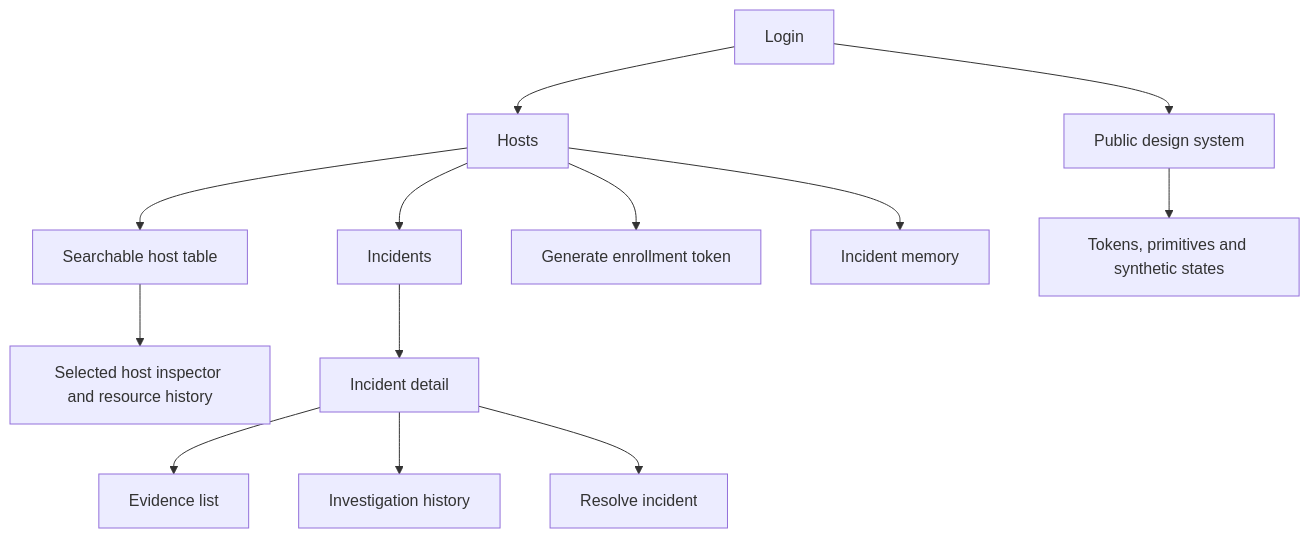
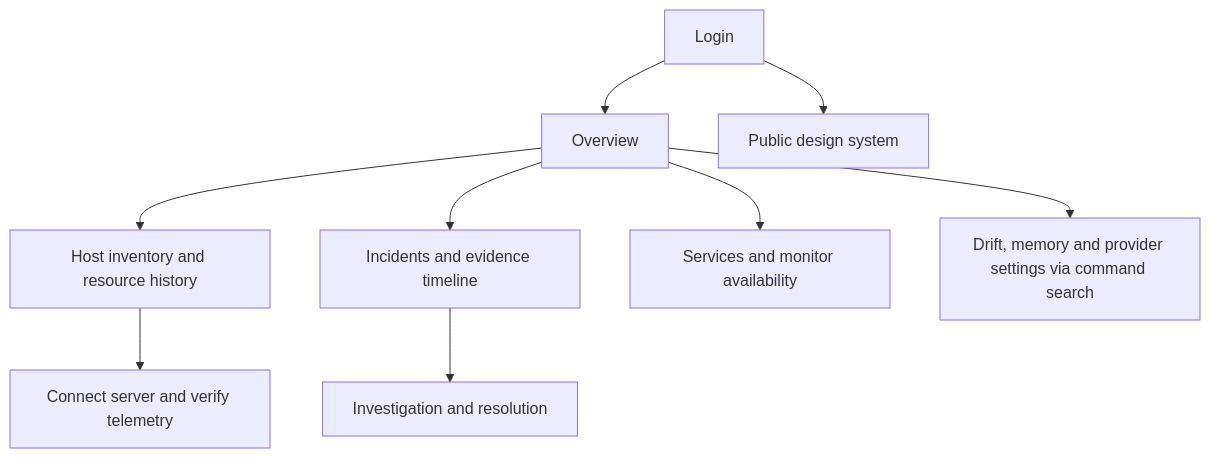
Before and after one commit to kuenobaikbanget/opspilot: the diagram in docs/UI-UX.md, drawn with Mermaid. The commit also changed other lines of this file and 32 other files, not shown here.

````diff
--- a/docs/UI-UX.md
+++ b/docs/UI-UX.md
@@ -84,15 +74,11 @@
 ```mermaid
 flowchart TD
-  A[Login] --> B[Hosts]
-  B --> H[Searchable host table]
-  H --> S[Selected host inspector and resource history]
-  B --> I[Incidents]
-  I --> D[Incident detail]
-  D --> E[Evidence list]
-  D --> F[Investigation history]
-  D --> G[Resolve incident]
-  B --> T[Generate enrollment token]
-  B --> M[Incident memory]
+  A[Login] --> O[Overview]
+  O --> H[Host inventory and resource history]
+  O --> I[Incidents and evidence timeline]
+  O --> S[Services and monitor availability]
+  H --> T[Connect server and verify telemetry]
+  I --> R[Investigation and resolution]
+  O --> M[Drift, memory and provider settings via command search]
   A --> C[Public design system]
-  C --> R[Tokens, primitives and synthetic states]
 ```
````
